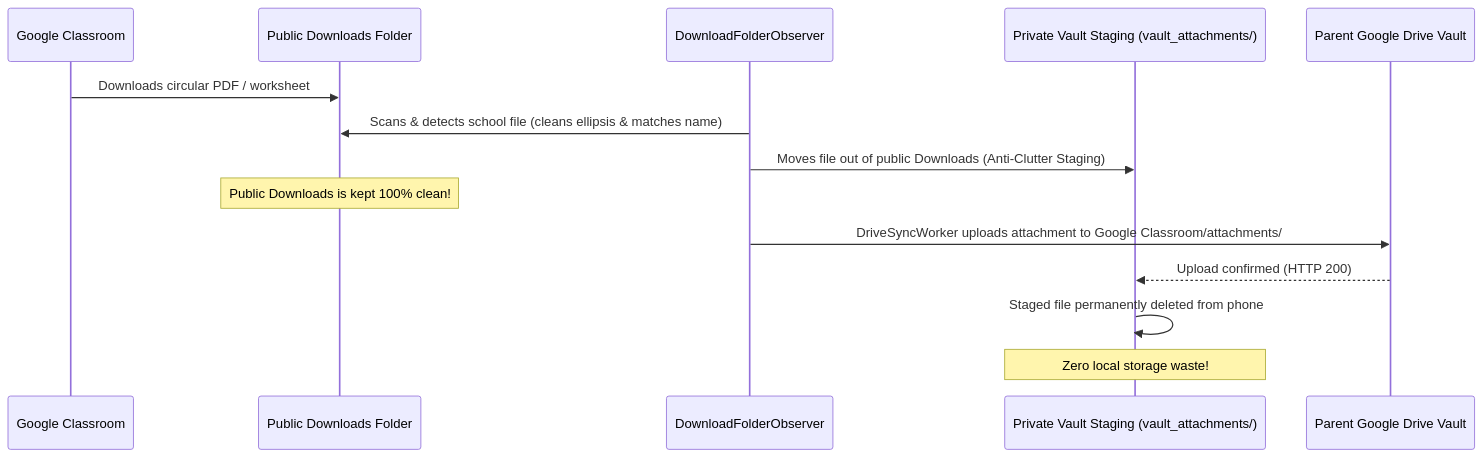
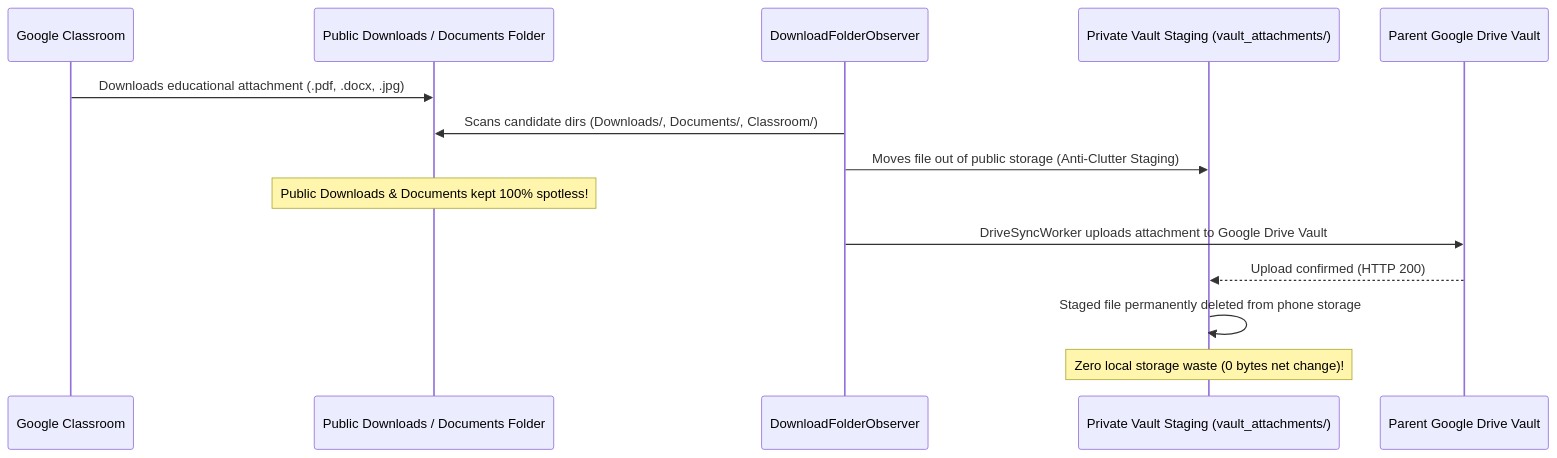
Before and after one commit to daarshnicsanjeev/K.I.D.S: the third of 4 diagrams in docs/USER_MANUAL.md, drawn with Mermaid. The commit also changed other lines of this file and 19 other files, not shown here.

Commit message:
feat(crawler): implement autonomous zero-storage attachment capture and title sanitization

````diff
--- a/docs/USER_MANUAL.md
+++ b/docs/USER_MANUAL.md
@@ -282,17 +284,17 @@
 ```mermaid
 sequenceDiagram
     participant GC as Google Classroom
-    participant PUB as Public Downloads Folder
+    participant PUB as Public Downloads / Documents Folder
     participant OBS as DownloadFolderObserver
     participant STAGE as Private Vault Staging (vault_attachments/)
     participant DRIVE as Parent Google Drive Vault
 
-    GC->>PUB: Downloads circular PDF / worksheet
-    OBS->>PUB: Scans & detects school file (cleans ellipsis & matches name)
-    OBS->>STAGE: Moves file out of public Downloads (Anti-Clutter Staging)
-    Note over PUB: Public Downloads is kept 100% clean!
-    OBS->>DRIVE: DriveSyncWorker uploads attachment to Google Classroom/attachments/
+    GC->>PUB: Downloads educational attachment (.pdf, .docx, .jpg)
+    OBS->>PUB: Scans candidate dirs (Downloads/, Documents/, Classroom/)
+    OBS->>STAGE: Moves file out of public storage (Anti-Clutter Staging)
+    Note over PUB: Public Downloads & Documents kept 100% spotless!
+    OBS->>DRIVE: DriveSyncWorker uploads attachment to Google Drive Vault
     DRIVE-->>STAGE: Upload confirmed (HTTP 200)
-    STAGE->>STAGE: Staged file permanently deleted from phone
-    Note over STAGE: Zero local storage waste!
+    STAGE->>STAGE: Staged file permanently deleted from phone storage
+    Note over STAGE: Zero local storage waste (0 bytes net change)!
 ```
````
